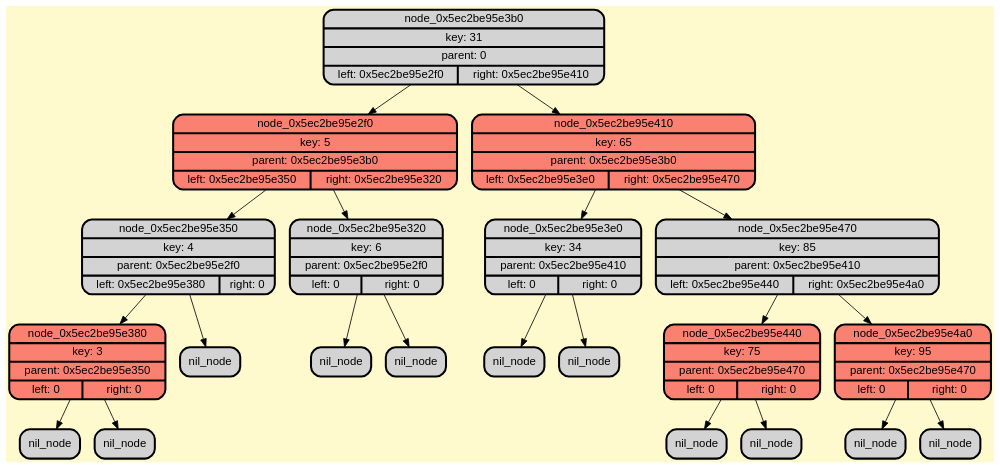
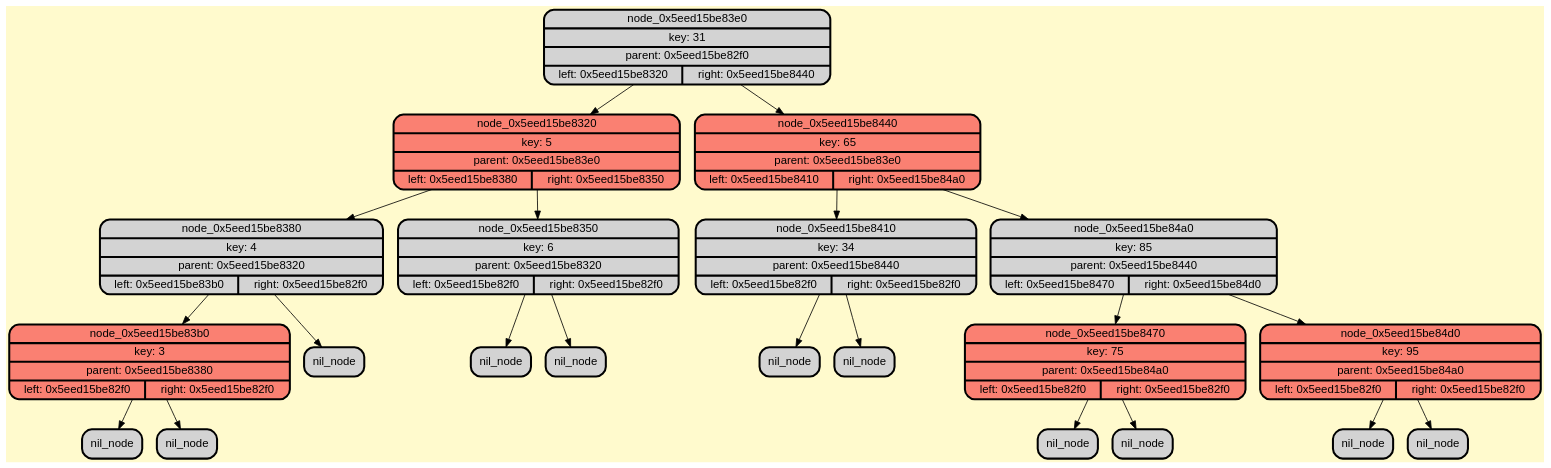
The diagram in dump/graph_dump.gv (RTCupid/Range_queries), drawn with Graphviz before and after one commit. The commit also changed 3 other files, not shown here.

Commit message:
[tree] add nill-sentinel - update classes node and tree to use nill sentinel - add constructor Node for nil-sentinel, also update destructor and constructor of tree

```diff
--- a/dump/graph_dump.gv
+++ b/dump/graph_dump.gv
@@ -1,48 +1,48 @@
 digraph G {
     rankdir=TB;
     node [style=filled, fontname="Helvetica", fontcolor=darkblue, fillcolor=peachpuff, color="#252A34", penwidth=2.5];
     bgcolor="lemonchiffon";
 
-    node_0x5ec2be95e3b0[shape=Mrecord; style=filled; fillcolor=lightgray; color="#000000"; fontcolor="#000000"; label="{ node_0x5ec2be95e3b0 | key: 31 | parent: 0| { left: 0x5ec2be95e2f0 | right: 0x5ec2be95e410 } }"];
-    node_0x5ec2be95e2f0[shape=Mrecord; style=filled; fillcolor=salmon; color="#000000"; fontcolor="#000000"; label="{ node_0x5ec2be95e2f0 | key: 5 | parent: 0x5ec2be95e3b0| { left: 0x5ec2be95e350 | right: 0x5ec2be95e320 } }"];
-    node_0x5ec2be95e350[shape=Mrecord; style=filled; fillcolor=lightgray; color="#000000"; fontcolor="#000000"; label="{ node_0x5ec2be95e350 | key: 4 | parent: 0x5ec2be95e2f0| { left: 0x5ec2be95e380 | right: 0 } }"];
-    node_0x5ec2be95e380[shape=Mrecord; style=filled; fillcolor=salmon; color="#000000"; fontcolor="#000000"; label="{ node_0x5ec2be95e380 | key: 3 | parent: 0x5ec2be95e350| { left: 0 | right: 0 } }"];
-    node_0x5ec2be95e320[shape=Mrecord; style=filled; fillcolor=lightgray; color="#000000"; fontcolor="#000000"; label="{ node_0x5ec2be95e320 | key: 6 | parent: 0x5ec2be95e2f0| { left: 0 | right: 0 } }"];
-    node_0x5ec2be95e410[shape=Mrecord; style=filled; fillcolor=salmon; color="#000000"; fontcolor="#000000"; label="{ node_0x5ec2be95e410 | key: 65 | parent: 0x5ec2be95e3b0| { left: 0x5ec2be95e3e0 | right: 0x5ec2be95e470 } }"];
-    node_0x5ec2be95e3e0[shape=Mrecord; style=filled; fillcolor=lightgray; color="#000000"; fontcolor="#000000"; label="{ node_0x5ec2be95e3e0 | key: 34 | parent: 0x5ec2be95e410| { left: 0 | right: 0 } }"];
-    node_0x5ec2be95e470[shape=Mrecord; style=filled; fillcolor=lightgray; color="#000000"; fontcolor="#000000"; label="{ node_0x5ec2be95e470 | key: 85 | parent: 0x5ec2be95e410| { left: 0x5ec2be95e440 | right: 0x5ec2be95e4a0 } }"];
-    node_0x5ec2be95e440[shape=Mrecord; style=filled; fillcolor=salmon; color="#000000"; fontcolor="#000000"; label="{ node_0x5ec2be95e440 | key: 75 | parent: 0x5ec2be95e470| { left: 0 | right: 0 } }"];
-    node_0x5ec2be95e4a0[shape=Mrecord; style=filled; fillcolor=salmon; color="#000000"; fontcolor="#000000"; label="{ node_0x5ec2be95e4a0 | key: 95 | parent: 0x5ec2be95e470| { left: 0 | right: 0 } }"];
+    node_0x5eed15be83e0[shape=Mrecord; style=filled; fillcolor=lightgray; color="#000000"; fontcolor="#000000"; label="{ node_0x5eed15be83e0 | key: 31 | parent: 0x5eed15be82f0| { left: 0x5eed15be8320 | right: 0x5eed15be8440 } }"];
+    node_0x5eed15be8320[shape=Mrecord; style=filled; fillcolor=salmon; color="#000000"; fontcolor="#000000"; label="{ node_0x5eed15be8320 | key: 5 | parent: 0x5eed15be83e0| { left: 0x5eed15be8380 | right: 0x5eed15be8350 } }"];
+    node_0x5eed15be8380[shape=Mrecord; style=filled; fillcolor=lightgray; color="#000000"; fontcolor="#000000"; label="{ node_0x5eed15be8380 | key: 4 | parent: 0x5eed15be8320| { left: 0x5eed15be83b0 | right: 0x5eed15be82f0 } }"];
+    node_0x5eed15be83b0[shape=Mrecord; style=filled; fillcolor=salmon; color="#000000"; fontcolor="#000000"; label="{ node_0x5eed15be83b0 | key: 3 | parent: 0x5eed15be8380| { left: 0x5eed15be82f0 | right: 0x5eed15be82f0 } }"];
+    node_0x5eed15be8350[shape=Mrecord; style=filled; fillcolor=lightgray; color="#000000"; fontcolor="#000000"; label="{ node_0x5eed15be8350 | key: 6 | parent: 0x5eed15be8320| { left: 0x5eed15be82f0 | right: 0x5eed15be82f0 } }"];
+    node_0x5eed15be8440[shape=Mrecord; style=filled; fillcolor=salmon; color="#000000"; fontcolor="#000000"; label="{ node_0x5eed15be8440 | key: 65 | parent: 0x5eed15be83e0| { left: 0x5eed15be8410 | right: 0x5eed15be84a0 } }"];
+    node_0x5eed15be8410[shape=Mrecord; style=filled; fillcolor=lightgray; color="#000000"; fontcolor="#000000"; label="{ node_0x5eed15be8410 | key: 34 | parent: 0x5eed15be8440| { left: 0x5eed15be82f0 | right: 0x5eed15be82f0 } }"];
+    node_0x5eed15be84a0[shape=Mrecord; style=filled; fillcolor=lightgray; color="#000000"; fontcolor="#000000"; label="{ node_0x5eed15be84a0 | key: 85 | parent: 0x5eed15be8440| { left: 0x5eed15be8470 | right: 0x5eed15be84d0 } }"];
+    node_0x5eed15be8470[shape=Mrecord; style=filled; fillcolor=salmon; color="#000000"; fontcolor="#000000"; label="{ node_0x5eed15be8470 | key: 75 | parent: 0x5eed15be84a0| { left: 0x5eed15be82f0 | right: 0x5eed15be82f0 } }"];
+    node_0x5eed15be84d0[shape=Mrecord; style=filled; fillcolor=salmon; color="#000000"; fontcolor="#000000"; label="{ node_0x5eed15be84d0 | key: 95 | parent: 0x5eed15be84a0| { left: 0x5eed15be82f0 | right: 0x5eed15be82f0 } }"];
 
-    node_0x5ec2be95e3b0 -> node_0x5ec2be95e2f0;
-    node_0x5ec2be95e3b0 -> node_0x5ec2be95e410;
-    node_0x5ec2be95e2f0 -> node_0x5ec2be95e350;
-    node_0x5ec2be95e2f0 -> node_0x5ec2be95e320;
-    node_0x5ec2be95e350 -> node_0x5ec2be95e380;
-    nil_0x5ec2be95e350_R [shape=Mrecord; style=filled; fillcolor=lightgray; color="#000000"; fontcolor="#000000"; label="nil_node"];
-    node_0x5ec2be95e350 -> nil_0x5ec2be95e350_R;
-    nil_0x5ec2be95e380_L [shape=Mrecord; style=filled; fillcolor=lightgray; color="#000000"; fontcolor="#000000"; label="nil_node"];
-    node_0x5ec2be95e380 -> nil_0x5ec2be95e380_L;
-    nil_0x5ec2be95e380_R [shape=Mrecord; style=filled; fillcolor=lightgray; color="#000000"; fontcolor="#000000"; label="nil_node"];
-    node_0x5ec2be95e380 -> nil_0x5ec2be95e380_R;
-    nil_0x5ec2be95e320_L [shape=Mrecord; style=filled; fillcolor=lightgray; color="#000000"; fontcolor="#000000"; label="nil_node"];
-    node_0x5ec2be95e320 -> nil_0x5ec2be95e320_L;
-    nil_0x5ec2be95e320_R [shape=Mrecord; style=filled; fillcolor=lightgray; color="#000000"; fontcolor="#000000"; label="nil_node"];
-    node_0x5ec2be95e320 -> nil_0x5ec2be95e320_R;
-    node_0x5ec2be95e410 -> node_0x5ec2be95e3e0;
-    node_0x5ec2be95e410 -> node_0x5ec2be95e470;
-    nil_0x5ec2be95e3e0_L [shape=Mrecord; style=filled; fillcolor=lightgray; color="#000000"; fontcolor="#000000"; label="nil_node"];
-    node_0x5ec2be95e3e0 -> nil_0x5ec2be95e3e0_L;
-    nil_0x5ec2be95e3e0_R [shape=Mrecord; style=filled; fillcolor=lightgray; color="#000000"; fontcolor="#000000"; label="nil_node"];
-    node_0x5ec2be95e3e0 -> nil_0x5ec2be95e3e0_R;
-    node_0x5ec2be95e470 -> node_0x5ec2be95e440;
-    node_0x5ec2be95e470 -> node_0x5ec2be95e4a0;
-    nil_0x5ec2be95e440_L [shape=Mrecord; style=filled; fillcolor=lightgray; color="#000000"; fontcolor="#000000"; label="nil_node"];
-    node_0x5ec2be95e440 -> nil_0x5ec2be95e440_L;
-    nil_0x5ec2be95e440_R [shape=Mrecord; style=filled; fillcolor=lightgray; color="#000000"; fontcolor="#000000"; label="nil_node"];
-    node_0x5ec2be95e440 -> nil_0x5ec2be95e440_R;
-    nil_0x5ec2be95e4a0_L [shape=Mrecord; style=filled; fillcolor=lightgray; color="#000000"; fontcolor="#000000"; label="nil_node"];
-    node_0x5ec2be95e4a0 -> nil_0x5ec2be95e4a0_L;
-    nil_0x5ec2be95e4a0_R [shape=Mrecord; style=filled; fillcolor=lightgray; color="#000000"; fontcolor="#000000"; label="nil_node"];
-    node_0x5ec2be95e4a0 -> nil_0x5ec2be95e4a0_R;
+    node_0x5eed15be83e0 -> node_0x5eed15be8320;
+    node_0x5eed15be83e0 -> node_0x5eed15be8440;
+    node_0x5eed15be8320 -> node_0x5eed15be8380;
+    node_0x5eed15be8320 -> node_0x5eed15be8350;
+    node_0x5eed15be8380 -> node_0x5eed15be83b0;
+    nil_0x5eed15be8380_R [shape=Mrecord; style=filled; fillcolor=lightgray; color="#000000"; fontcolor="#000000"; label="nil_node"];
+    node_0x5eed15be8380 -> nil_0x5eed15be8380_R;
+    nil_0x5eed15be83b0_L [shape=Mrecord; style=filled; fillcolor=lightgray; color="#000000"; fontcolor="#000000"; label="nil_node"];
+    node_0x5eed15be83b0 -> nil_0x5eed15be83b0_L;
+    nil_0x5eed15be83b0_R [shape=Mrecord; style=filled; fillcolor=lightgray; color="#000000"; fontcolor="#000000"; label="nil_node"];
+    node_0x5eed15be83b0 -> nil_0x5eed15be83b0_R;
+    nil_0x5eed15be8350_L [shape=Mrecord; style=filled; fillcolor=lightgray; color="#000000"; fontcolor="#000000"; label="nil_node"];
+    node_0x5eed15be8350 -> nil_0x5eed15be8350_L;
+    nil_0x5eed15be8350_R [shape=Mrecord; style=filled; fillcolor=lightgray; color="#000000"; fontcolor="#000000"; label="nil_node"];
+    node_0x5eed15be8350 -> nil_0x5eed15be8350_R;
+    node_0x5eed15be8440 -> node_0x5eed15be8410;
+    node_0x5eed15be8440 -> node_0x5eed15be84a0;
+    nil_0x5eed15be8410_L [shape=Mrecord; style=filled; fillcolor=lightgray; color="#000000"; fontcolor="#000000"; label="nil_node"];
+    node_0x5eed15be8410 -> nil_0x5eed15be8410_L;
+    nil_0x5eed15be8410_R [shape=Mrecord; style=filled; fillcolor=lightgray; color="#000000"; fontcolor="#000000"; label="nil_node"];
+    node_0x5eed15be8410 -> nil_0x5eed15be8410_R;
+    node_0x5eed15be84a0 -> node_0x5eed15be8470;
+    node_0x5eed15be84a0 -> node_0x5eed15be84d0;
+    nil_0x5eed15be8470_L [shape=Mrecord; style=filled; fillcolor=lightgray; color="#000000"; fontcolor="#000000"; label="nil_node"];
+    node_0x5eed15be8470 -> nil_0x5eed15be8470_L;
+    nil_0x5eed15be8470_R [shape=Mrecord; style=filled; fillcolor=lightgray; color="#000000"; fontcolor="#000000"; label="nil_node"];
+    node_0x5eed15be8470 -> nil_0x5eed15be8470_R;
+    nil_0x5eed15be84d0_L [shape=Mrecord; style=filled; fillcolor=lightgray; color="#000000"; fontcolor="#000000"; label="nil_node"];
+    node_0x5eed15be84d0 -> nil_0x5eed15be84d0_L;
+    nil_0x5eed15be84d0_R [shape=Mrecord; style=filled; fillcolor=lightgray; color="#000000"; fontcolor="#000000"; label="nil_node"];
+    node_0x5eed15be84d0 -> nil_0x5eed15be84d0_R;
 }
```
